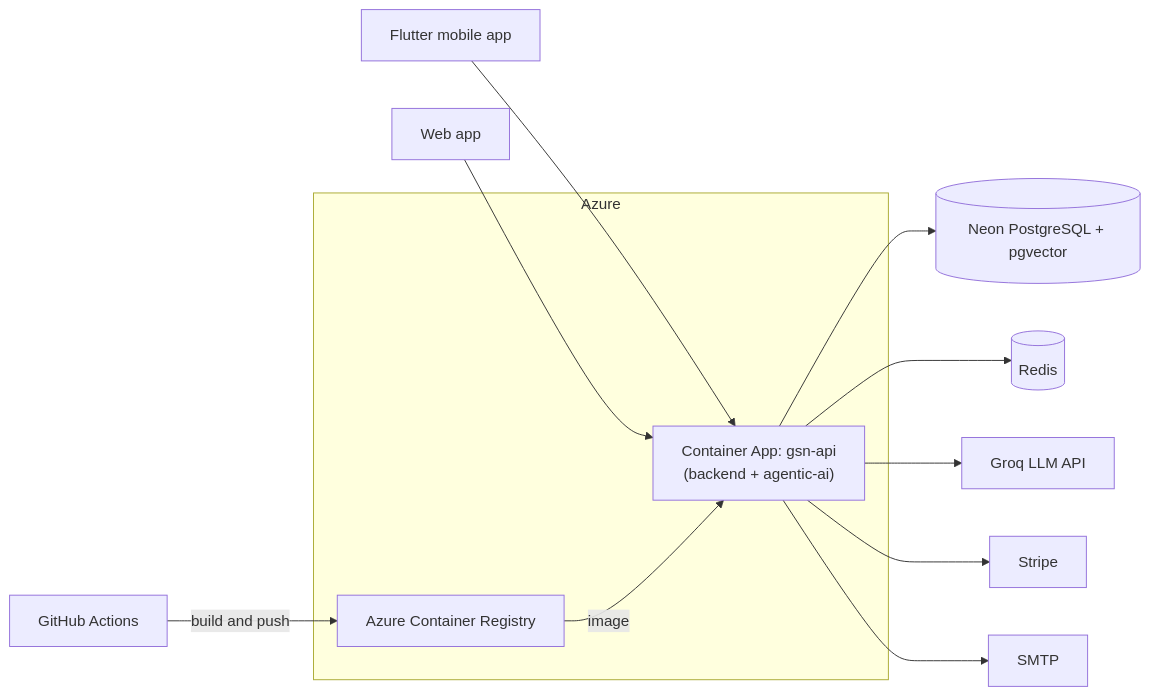
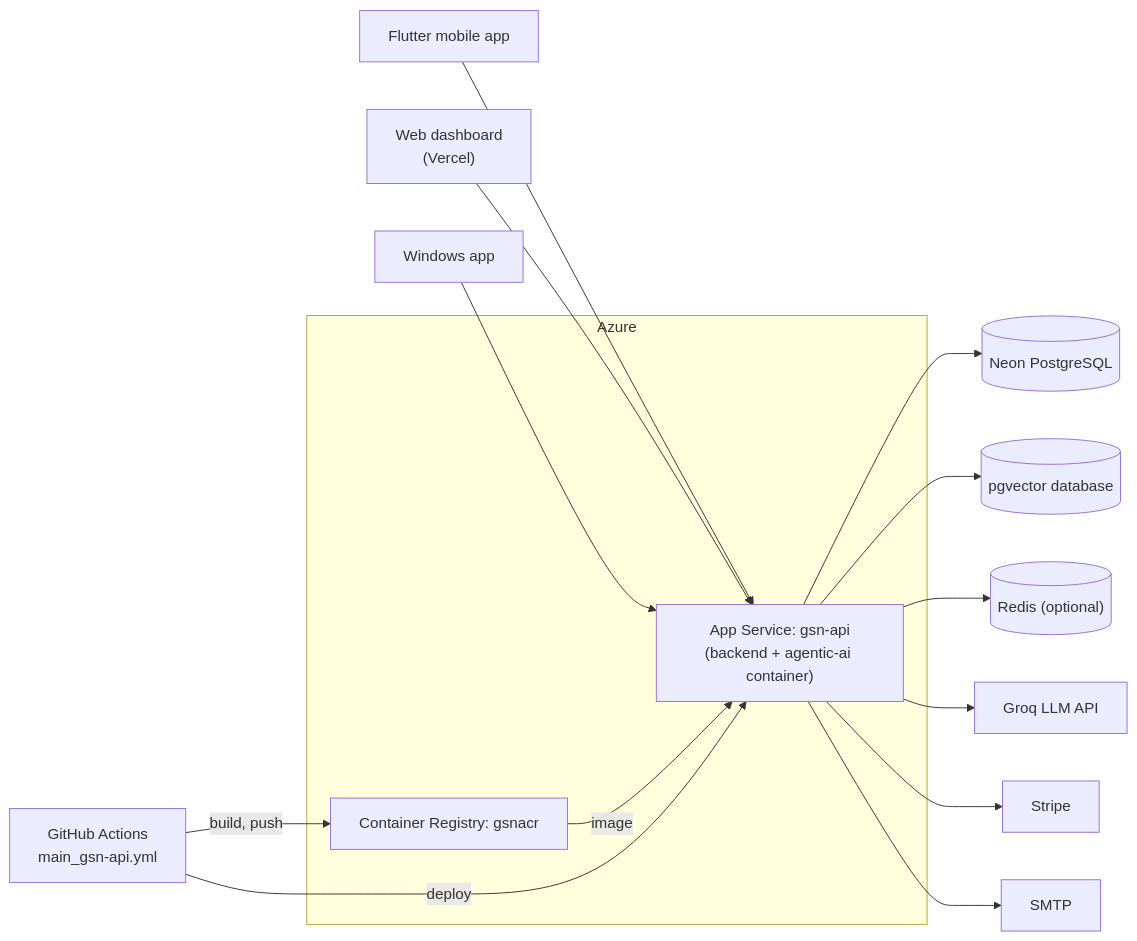
The diagram in docs/azure-hosting.md (Chathuka-Pehesara/Government_Service_Navigator_New), drawn with Mermaid before and after one commit. The commit also changed other lines of this file and 18 other files, not shown here.

````diff
--- a/docs/azure-hosting.md
+++ b/docs/azure-hosting.md
@@ -15,16 +30,19 @@
 ```mermaid
 flowchart LR
     Mobile[Flutter mobile app] --> API
-    Web[Web app] --> API
+    Web["Web dashboard<br/>(Vercel)"] --> API
+    Desktop[Windows app] --> API
     subgraph Azure
-        API["Container App: gsn-api<br/>(backend + agentic-ai)"]
-        ACR[Azure Container Registry]
+        API["App Service: gsn-api<br/>(backend + agentic-ai container)"]
+        ACR[Container Registry: gsnacr]
     end
     ACR -- image --> API
-    API --> Neon[(Neon PostgreSQL + pgvector)]
-    API --> Redis[(Redis)]
+    API --> Neon[(Neon PostgreSQL)]
+    API --> VDB[(pgvector database)]
+    API --> Redis[("Redis (optional)")]
     API --> Groq[Groq LLM API]
     API --> Stripe[Stripe]
     API --> SMTP[SMTP]
-    GH[GitHub Actions] -- build and push --> ACR
+    GH["GitHub Actions<br/>main_gsn-api.yml"] -- "build, push" --> ACR
+    GH -- deploy --> API
 ```
````
